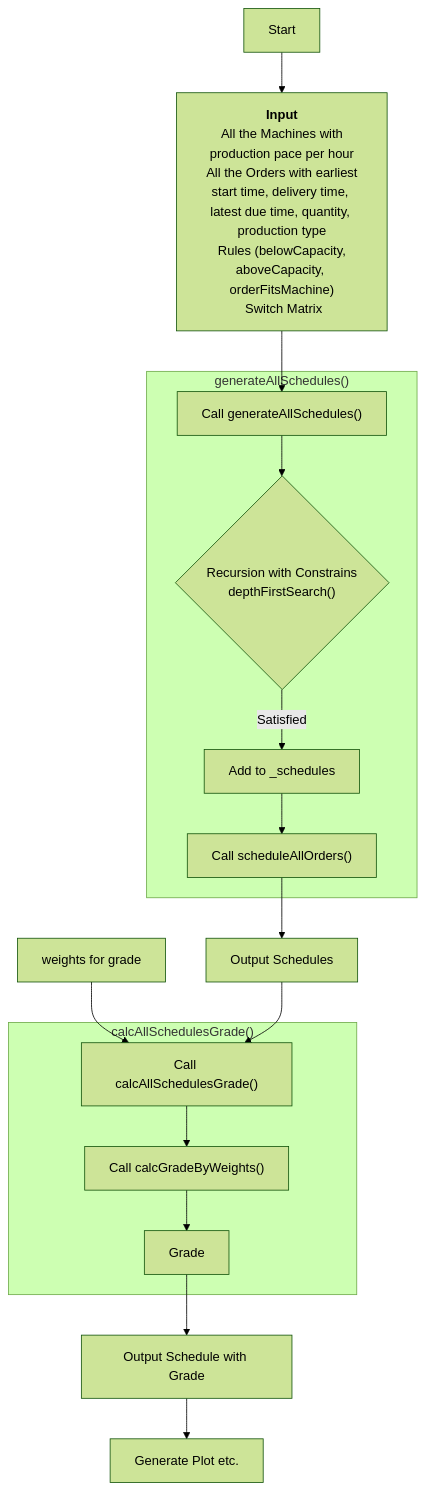
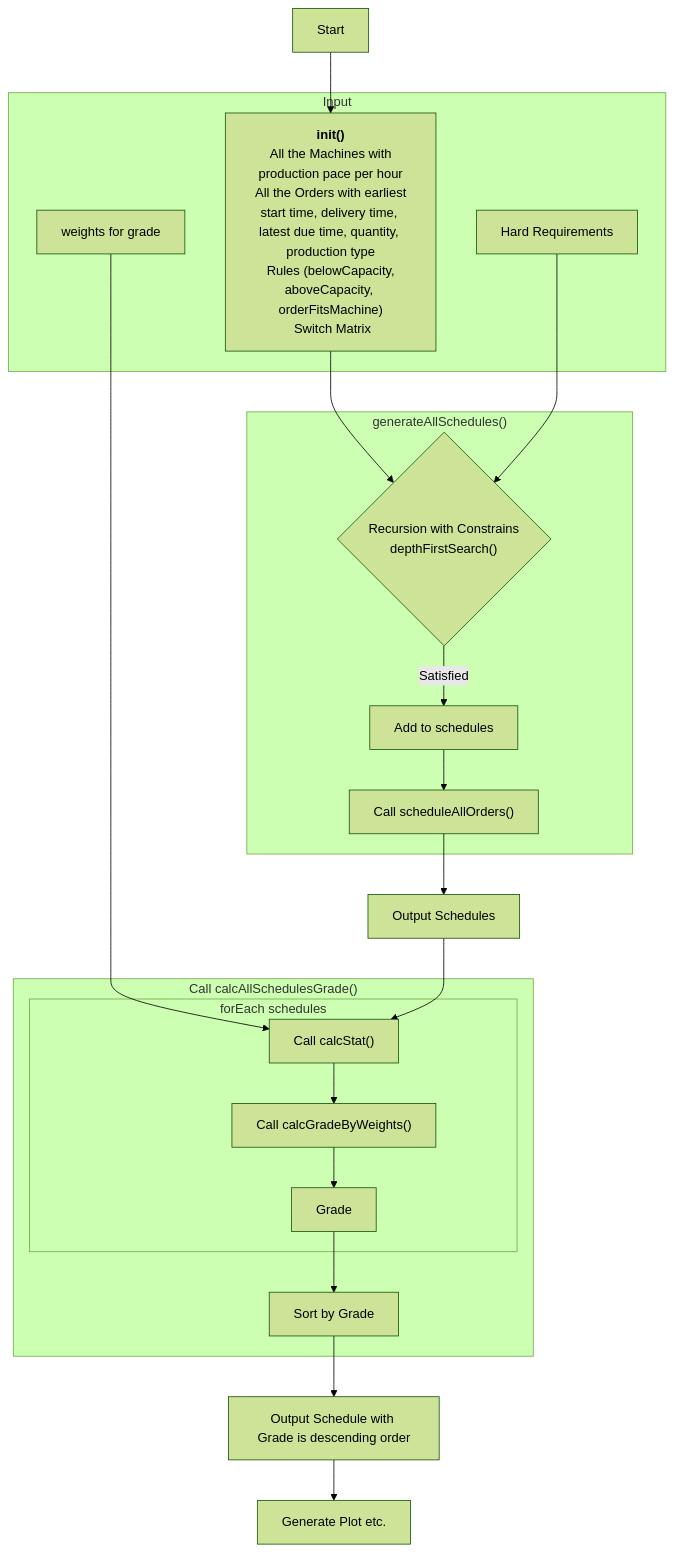
Before and after one commit to RPIFisherman/APS-app: the second of 2 diagrams in README.md, drawn with Mermaid (forest theme). The commit also changed 1 other file, not shown here.

````diff
--- a/README.md
+++ b/README.md
@@ -146,21 +146,28 @@
 ```mermaid
 graph TD
-    A[Start] --> init["<strong>Input</strong><br> All the Machines with production pace per hour<br> All the Orders with earliest start time, delivery time, <br>latest due time, quantity, production type<br> Rules (belowCapacity, aboveCapacity, orderFitsMachine)<br> Switch Matrix"]
-
-init --> generateAllSchedules["Call generateAllSchedules()"]
-subgraph "generateAllSchedules()"
-generateAllSchedules --> depthFirstSearch{"Recursion with Constrains<br>depthFirstSearch()"}
-depthFirstSearch -->|Satisfied|C[Add to _schedules]
-%%depthFirstSearch -->|Unsatisfied|depthFirstSearch
-C --> D["Call scheduleAllOrders()"]
-end
-D --> E[Output Schedules]
-F[weights for grade] --> calcAllSchedulesGrade
-E --> calcAllSchedulesGrade["Call calcAllSchedulesGrade()"]
-subgraph "calcAllSchedulesGrade()"
-calcAllSchedulesGrade --> calcGradeByWeights["Call calcGradeByWeights()"]
-calcGradeByWeights --> Grade[Grade]
-end
-Grade --> G[Output Schedule with Grade]
-G --> H[Generate Plot etc.]
+    A[Start] --> init["<strong>init()</strong><br> All the Machines with production pace per hour<br> All the Orders with earliest start time, delivery time, <br>latest due time, quantity, production type<br> Rules (belowCapacity, aboveCapacity, orderFitsMachine)<br> Switch Matrix"]
+    subgraph "Input"
+        init
+        rules["Hard Requirements"]
+        F[weights for grade]
+    end
+    subgraph "generateAllSchedules()"
+        init --> depthFirstSearch{"Recursion with Constrains<br>depthFirstSearch()"}
+        rules --> depthFirstSearch{"Recursion with Constrains<br>depthFirstSearch()"}
+        depthFirstSearch -->|Satisfied| C["Add to schedules"]
+    %%depthFirstSearch -->|Unsatisfied|depthFirstSearch
+        C --> D["Call scheduleAllOrders()"]
+    end
+    D --> E[Output Schedules]
+    F --> calcStat["Call calcStat()"]
+    E --> calcStat
+    subgraph "Call calcAllSchedulesGrade()"
+        subgraph "forEach schedules"
+            calcStat --> calcGradeByWeights["Call calcGradeByWeights()"]
+            calcGradeByWeights --> Grade[Grade]
+        end
+        Grade --> sort[Sort by Grade]
+    end
+    sort --> G[Output Schedule with Grade is descending order]
+    G --> H[Generate Plot etc.]
 ```
````
